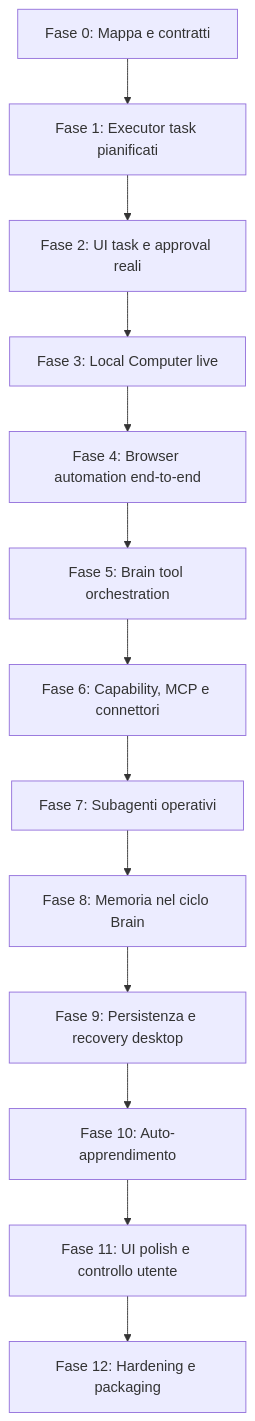
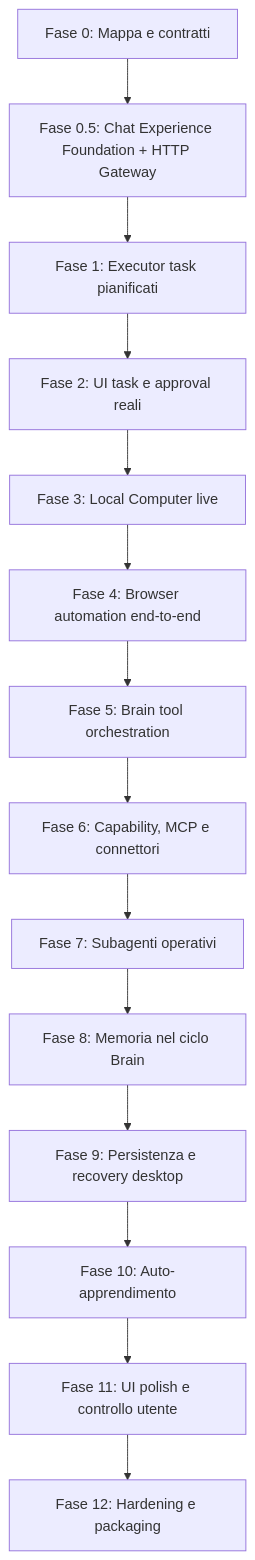
One commit to homun-app/homun-core changed the diagram in docs/architecture/final-roadmap.md. Above: the diagram before and after it, drawn with Mermaid. The commit also changed other lines of this file and 166 other files, not shown here.

````diff
--- a/docs/architecture/final-roadmap.md
+++ b/docs/architecture/final-roadmap.md
@@ -28,15 +39,16 @@
 ```mermaid
 flowchart TD
-  F0["Fase 0: Mappa e contratti"] --> F1["Fase 1: Executor task pianificati"]
+  F0["Fase 0: Mappa e contratti"] --> F0_5["Fase 0.5: Chat Experience Foundation + HTTP Gateway"]
+  F0_5 --> F1["Fase 1: Executor task pianificati"]
   F1 --> F2["Fase 2: UI task e approval reali"]
   F2 --> F3["Fase 3: Local Computer live"]
   F3 --> F4["Fase 4: Browser automation end-to-end"]
   F4 --> F5["Fase 5: Brain tool orchestration"]
   F5 --> F6["Fase 6: Capability, MCP e connettori"]
   F6 --> F7["Fase 7: Subagenti operativi"]
   F7 --> F8["Fase 8: Memoria nel ciclo Brain"]
   F8 --> F9["Fase 9: Persistenza e recovery desktop"]
   F9 --> F10["Fase 10: Auto-apprendimento"]
   F10 --> F11["Fase 11: UI polish e controllo utente"]
   F11 --> F12["Fase 12: Hardening e packaging"]
 ```
````
